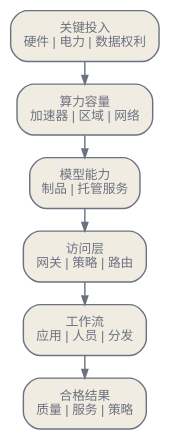
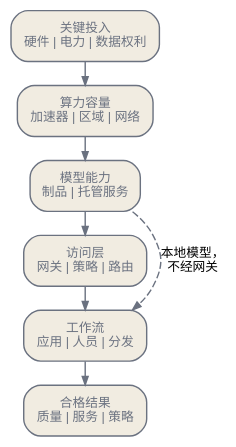
Before and after one commit to latere-ai/ai-as-an-infrastructure: the diagram in zh/ecosystem/05-market-structure.qmd, drawn with Graphviz. The commit also changed other lines of this file and 1 other file, not shown here.

Commit message:
ecosystem: value-chain diagram draws the local-model bypass, and the market-review chain that restated the procedure is removed

````diff
--- a/zh/ecosystem/05-market-structure.qmd
+++ b/zh/ecosystem/05-market-structure.qmd
@@ -11,21 +11,27 @@
 ```{dot}
 //| label: fig-market-structure-chain
-//| fig-cap: "已部署 AI 能力的技术依赖。方框不代表市场边界，有些部署还会绕过其中某个环节。"
+//| fig-cap: "已部署 AI 能力的技术依赖。方框不代表市场边界，有些部署还会绕过其中某个环节：虚线表示应用直接调用本地模型，不经过网关。"
 digraph ai_value_chain {
   bgcolor="transparent";
   rankdir=TB;
   nodesep=0.12;
   ranksep=0.22;
   node [shape=box, style="rounded,filled", fontname="Helvetica", fontsize=9,
         color="#6b7280", fontcolor="#6b7280", fillcolor="#f1ece1",
         margin="0.10,0.07"];
   edge [color="#6b7280", arrowsize=0.6];
   I [label="关键投入\n硬件 | 电力 | 数据权利"];
   C [label="算力容量\n加速器 | 区域 | 网络"];
   M [label="模型能力\n制品 | 托管服务"];
   A [label="访问层\n网关 | 策略 | 路由"];
   W [label="工作流\n应用 | 人员 | 分发"];
   O [label="合格结果\n质量 | 服务 | 策略"];
+  // One group keeps the dependency chain in a straight column; the bypass
+  // edge runs beside it.
+  I [group=main]; C [group=main]; M [group=main];
+  A [group=main]; W [group=main]; O [group=main];
   I -> C -> M -> A -> W -> O;
+  M -> W [label="本地模型，\n不经网关", style=dashed, fontsize=9,
+          constraint=false];
 }
 ```
````
